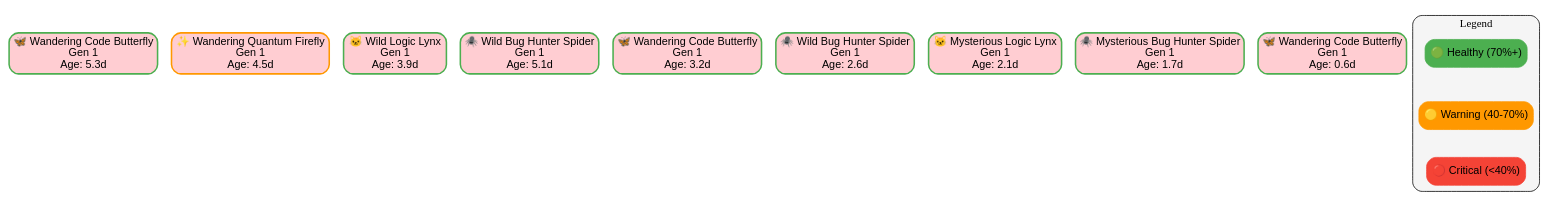
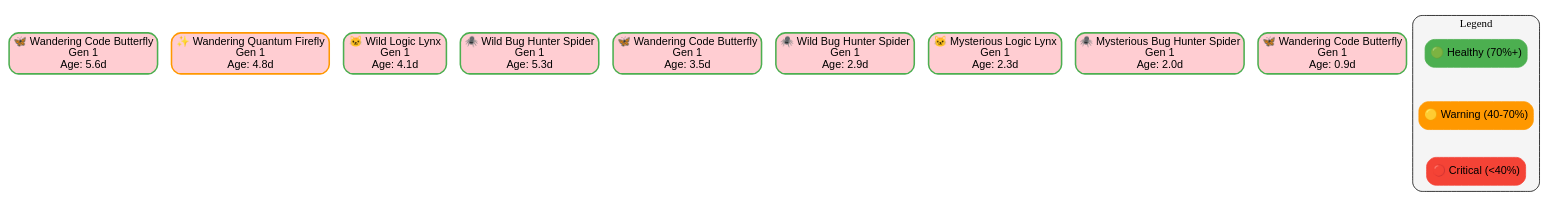
The diagram in .ecosystem/visualizations/family_tree.dot (batmac/digital-ecosystem), drawn with Graphviz before and after one commit. The commit also changed 7 other files, not shown here.

```diff
--- a/.ecosystem/visualizations/family_tree.dot
+++ b/.ecosystem/visualizations/family_tree.dot
@@ -1,86 +1,86 @@
 
 digraph EcosystemFamilyTree {
     rankdir=TB;
     node [shape=box, style="rounded,filled", fontname="Arial"];
     edge [fontname="Arial"];
     
     // Style pour différentes générations
     node [fillcolor="#E3F2FD"];
 
         "code_butterfly_1753392858_5357" [
-            label="🦋 Wandering Code Butterfly\nGen 1\nAge: 5.3d",
+            label="🦋 Wandering Code Butterfly\nGen 1\nAge: 5.6d",
             fillcolor="#FFCDD2",
             color="#4CAF50",
             penwidth=2
         ];
     
         "quantum_firefly_1753393678_6656" [
-            label="✨ Wandering Quantum Firefly\nGen 1\nAge: 4.5d",
+            label="✨ Wandering Quantum Firefly\nGen 1\nAge: 4.8d",
             fillcolor="#FFCDD2",
             color="#FF9800",
             penwidth=2
         ];
     
         "logic_lynx_1753394863_7694" [
-            label="🐱 Wild Logic Lynx\nGen 1\nAge: 3.9d",
+            label="🐱 Wild Logic Lynx\nGen 1\nAge: 4.1d",
             fillcolor="#FFCDD2",
             color="#4CAF50",
             penwidth=2
         ];
     
         "bug_hunter_spider_1753395214_1998" [
-            label="🕷️ Wild Bug Hunter Spider\nGen 1\nAge: 5.1d",
+            label="🕷️ Wild Bug Hunter Spider\nGen 1\nAge: 5.3d",
             fillcolor="#FFCDD2",
             color="#4CAF50",
             penwidth=2
         ];
     
         "code_butterfly_1753397153_5909" [
-            label="🦋 Wandering Code Butterfly\nGen 1\nAge: 3.2d",
+            label="🦋 Wandering Code Butterfly\nGen 1\nAge: 3.5d",
             fillcolor="#FFCDD2",
             color="#4CAF50",
             penwidth=2
         ];
     
         "bug_hunter_spider_1753401059_2910" [
-            label="🕷️ Wild Bug Hunter Spider\nGen 1\nAge: 2.6d",
+            label="🕷️ Wild Bug Hunter Spider\nGen 1\nAge: 2.9d",
             fillcolor="#FFCDD2",
             color="#4CAF50",
             penwidth=2
         ];
     
         "logic_lynx_1753403721_9188" [
-            label="🐱 Mysterious Logic Lynx\nGen 1\nAge: 2.1d",
+            label="🐱 Mysterious Logic Lynx\nGen 1\nAge: 2.3d",
             fillcolor="#FFCDD2",
             color="#4CAF50",
             penwidth=2
         ];
     
         "bug_hunter_spider_1753404040_5672" [
-            label="🕷️ Mysterious Bug Hunter Spider\nGen 1\nAge: 1.7d",
+            label="🕷️ Mysterious Bug Hunter Spider\nGen 1\nAge: 2.0d",
             fillcolor="#FFCDD2",
             color="#4CAF50",
             penwidth=2
         ];
     
         "code_butterfly_1753404111_1732" [
-            label="🦋 Wandering Code Butterfly\nGen 1\nAge: 0.6d",
+            label="🦋 Wandering Code Butterfly\nGen 1\nAge: 0.9d",
             fillcolor="#FFCDD2",
             color="#4CAF50",
             penwidth=2
         ];
     
     
     // Légende
     subgraph cluster_legend {
         label="Legend";
         style="rounded,filled";
         fillcolor="#F5F5F5";
         
         legend1 [label="🟢 Healthy (70%+)", fillcolor="#4CAF50", color="#4CAF50"];
         legend2 [label="🟡 Warning (40-70%)", fillcolor="#FF9800", color="#FF9800"];
         legend3 [label="🔴 Critical (<40%)", fillcolor="#F44336", color="#F44336"];
         
         legend1 -> legend2 -> legend3 [style=invis];
     }
 }
```
